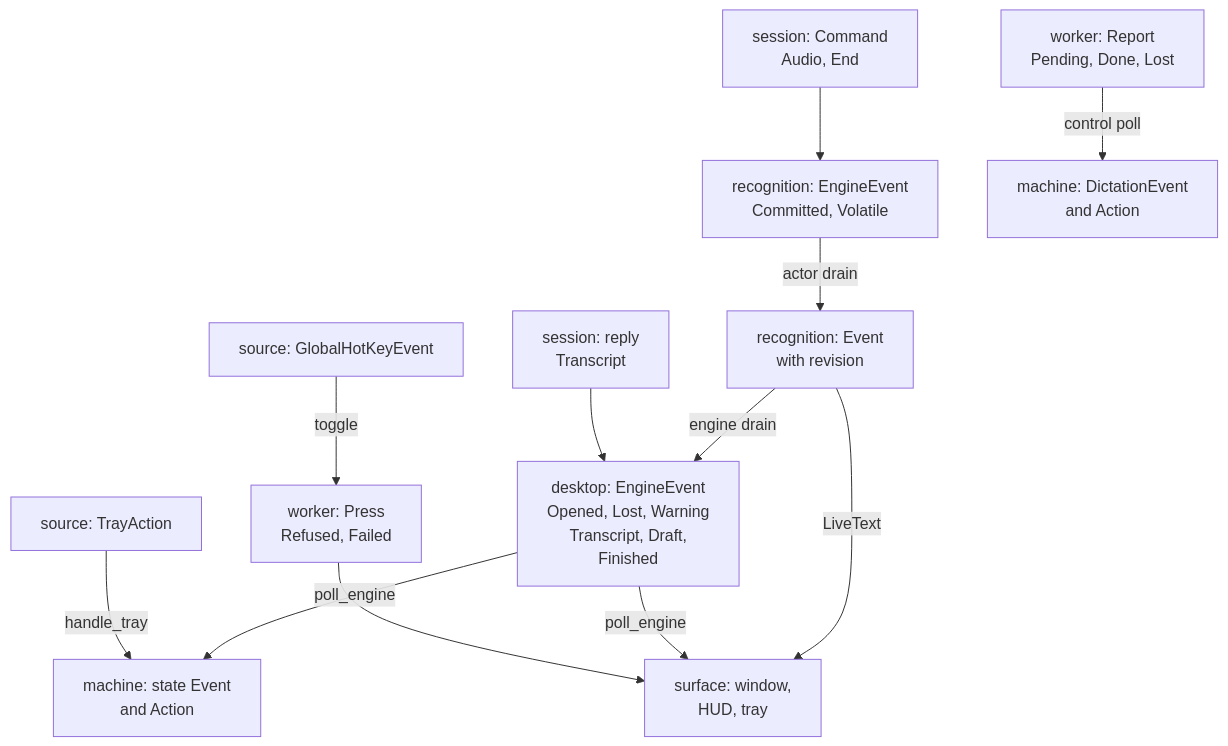
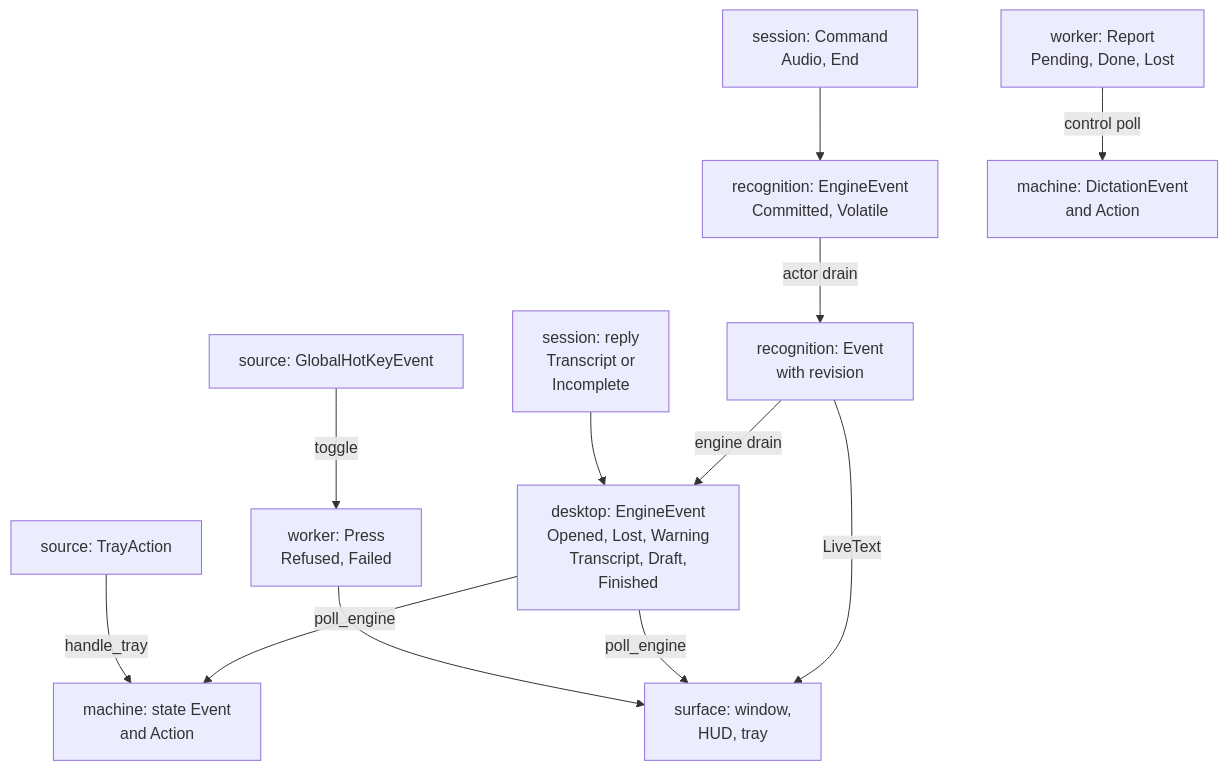
Before and after one commit to mokmok-dev/koe: the third of 6 diagrams in ARCHITECTURE.md, drawn with Mermaid. The commit also changed other lines of this file, not shown here.

````diff
--- a/ARCHITECTURE.md
+++ b/ARCHITECTURE.md
@@ -155,27 +153,27 @@
 ```mermaid
 flowchart TD
     CMD["session: Command<br/>Audio, End"]
     CE["recognition: EngineEvent<br/>Committed, Volatile"]
     CEv["recognition: Event<br/>with revision"]
-    REPLY["session: reply<br/>Transcript"]
+    REPLY["session: reply<br/>Transcript or<br/>Incomplete"]
     DE["desktop: EngineEvent<br/>Opened, Lost, Warning<br/>Transcript, Draft,<br/>Finished"]
     SE["machine: state Event<br/>and Action"]
     DDE["machine: DictationEvent<br/>and Action"]
     REPT["worker: Report<br/>Pending, Done, Lost"]
     PRESS["worker: Press<br/>Refused, Failed"]
     TA["source: TrayAction"]
     HKEV["source: GlobalHotKeyEvent"]
     SURF["surface: window,<br/>HUD, tray"]
 
     CMD --> CE
     CE -->|"actor drain"| CEv
     CEv -->|"engine drain"| DE
     CEv -->|"LiveText"| SURF
     REPLY --> DE
     DE -->|"poll_engine"| SE
     DE -->|"poll_engine"| SURF
     REPT -->|"control poll"| DDE
     PRESS --> SURF
     TA -->|"handle_tray"| SE
     HKEV -->|"toggle"| PRESS
 ```
````
